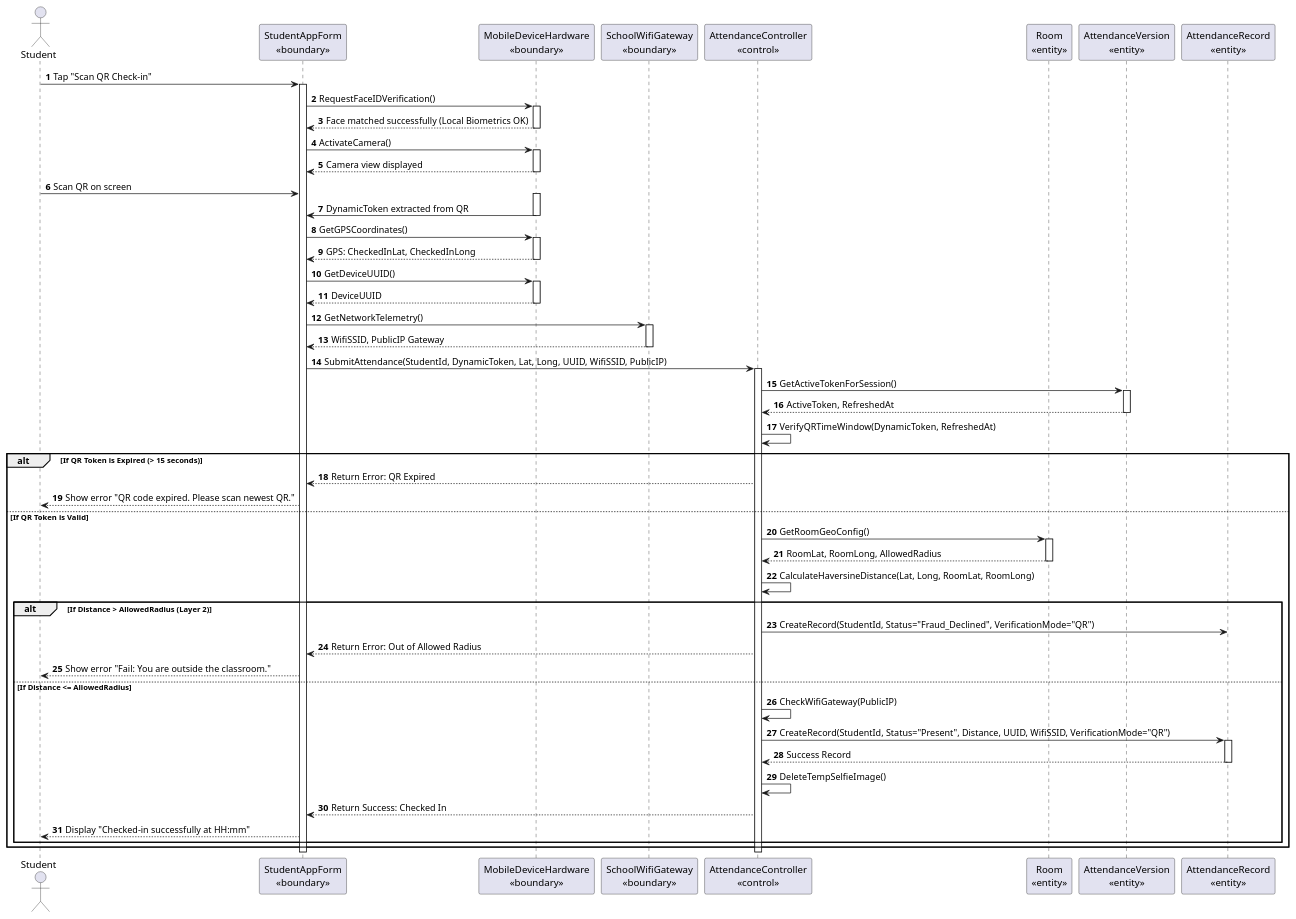
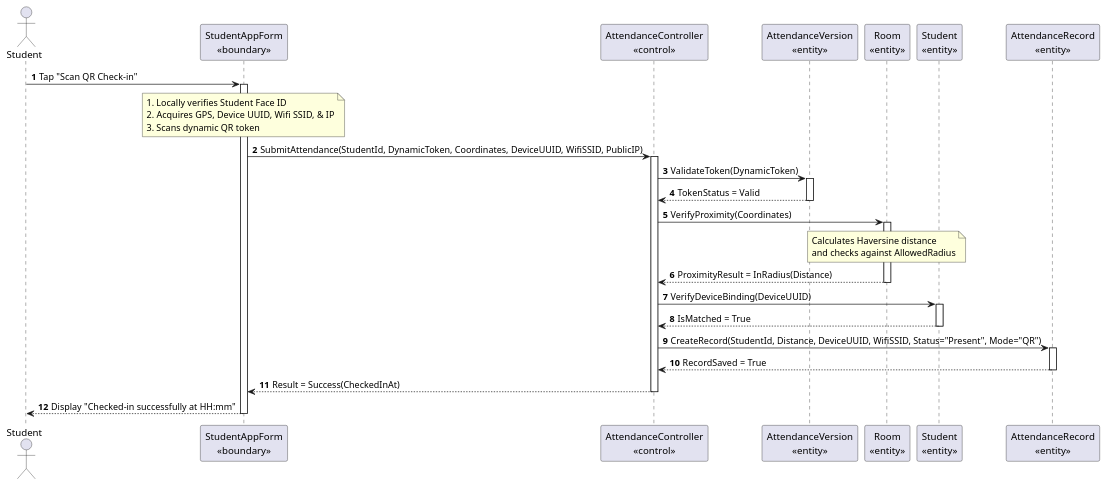
The seventh of 31 diagrams in MainDocs/AFAS_RDS_Document_Part1B_Analysis_models.md (nttung42/SWD392), drawn with PlantUML before and after one commit. The commit also changed other lines of this file and 1 other file, not shown here.

````diff
--- a/MainDocs/AFAS_RDS_Document_Part1B_Analysis_models.md
+++ b/MainDocs/AFAS_RDS_Document_Part1B_Analysis_models.md
@@ -546,85 +526,44 @@
 ```plantuml
 @startuml
 autonumber
-actor SV as "Student"
+actor Student as "Student"
 participant SAF as "StudentAppForm\n«boundary»"
-participant MD as "MobileDeviceHardware\n«boundary»"
-participant WG as "SchoolWifiGateway\n«boundary»"
 participant AC as "AttendanceController\n«control»"
+participant V as "AttendanceVersion\n«entity»"
 participant R as "Room\n«entity»"
-participant V as "AttendanceVersion\n«entity»"
+participant ST as "Student\n«entity»"
 participant AR as "AttendanceRecord\n«entity»"
 
-SV -> SAF : Tap "Scan QR Check-in"
+Student -> SAF : Tap "Scan QR Check-in"
 activate SAF
-
-SAF -> MD : RequestFaceIDVerification()
-activate MD
-MD --> SAF : Face matched successfully (Local Biometrics OK)
-deactivate MD
-
-SAF -> MD : ActivateCamera()
-activate MD
-MD --> SAF : Camera view displayed
-deactivate MD
-
-SV -> SAF : Scan QR on screen
-activate MD
-MD -> SAF : DynamicToken extracted from QR
-deactivate MD
-
-SAF -> MD : GetGPSCoordinates()
-activate MD
-MD --> SAF : GPS: CheckedInLat, CheckedInLong
-deactivate MD
-
-SAF -> MD : GetDeviceUUID()
-activate MD
-MD --> SAF : DeviceUUID
-deactivate MD
-
-SAF -> WG : GetNetworkTelemetry()
-activate WG
-WG --> SAF : WifiSSID, PublicIP Gateway
-deactivate WG
-
-SAF -> AC : SubmitAttendance(StudentId, DynamicToken, Lat, Long, UUID, WifiSSID, PublicIP)
+note over SAF : 1. Locally verifies Student Face ID\n2. Acquires GPS, Device UUID, Wifi SSID, & IP\n3. Scans dynamic QR token
+SAF -> AC : SubmitAttendance(StudentId, DynamicToken, Coordinates, DeviceUUID, WifiSSID, PublicIP)
 activate AC
 
-AC -> V : GetActiveTokenForSession()
+AC -> V : ValidateToken(DynamicToken)
 activate V
-V --> AC : ActiveToken, RefreshedAt
+V --> AC : TokenStatus = Valid
 deactivate V
-AC -> AC : VerifyQRTimeWindow(DynamicToken, RefreshedAt)
 
-alt If QR Token is Expired (> 15 seconds)
-    AC --> SAF : Return Error: QR Expired
-    SAF --> SV : Show error "QR code expired. Please scan newest QR."
-else If QR Token is Valid
-    AC -> R : GetRoomGeoConfig()
-    activate R
-    R --> AC : RoomLat, RoomLong, AllowedRadius
-    deactivate R
-    AC -> AC : CalculateHaversineDistance(Lat, Long, RoomLat, RoomLong)
-    
-    alt If Distance > AllowedRadius (Layer 2)
-        AC -> AR : CreateRecord(StudentId, Status="Fraud_Declined", VerificationMode="QR")
-        AC --> SAF : Return Error: Out of Allowed Radius
-        SAF --> SV : Show error "Fail: You are outside the classroom."
-    else If Distance <= AllowedRadius
-        AC -> AC : CheckWifiGateway(PublicIP)
-        AC -> AR : CreateRecord(StudentId, Status="Present", Distance, UUID, WifiSSID, VerificationMode="QR")
-        activate AR
-        AR --> AC : Success Record
-        deactivate AR
-        
-        AC -> AC : DeleteTempSelfieImage()
-        
-        AC --> SAF : Return Success: Checked In
-        SAF --> SV : Display "Checked-in successfully at HH:mm"
-    end
-end
+AC -> R : VerifyProximity(Coordinates)
+activate R
+note over R : Calculates Haversine distance\nand checks against AllowedRadius
+R --> AC : ProximityResult = InRadius(Distance)
+deactivate R
+
+AC -> ST : VerifyDeviceBinding(DeviceUUID)
+activate ST
+ST --> AC : IsMatched = True
+deactivate ST
+
+AC -> AR : CreateRecord(StudentId, Distance, DeviceUUID, WifiSSID, Status="Present", Mode="QR")
+activate AR
+AR --> AC : RecordSaved = True
+deactivate AR
+
+AC --> SAF : Result = Success(CheckedInAt)
 deactivate AC
+SAF --> Student : Display "Checked-in successfully at HH:mm"
 deactivate SAF
 @enduml
 ```
````
